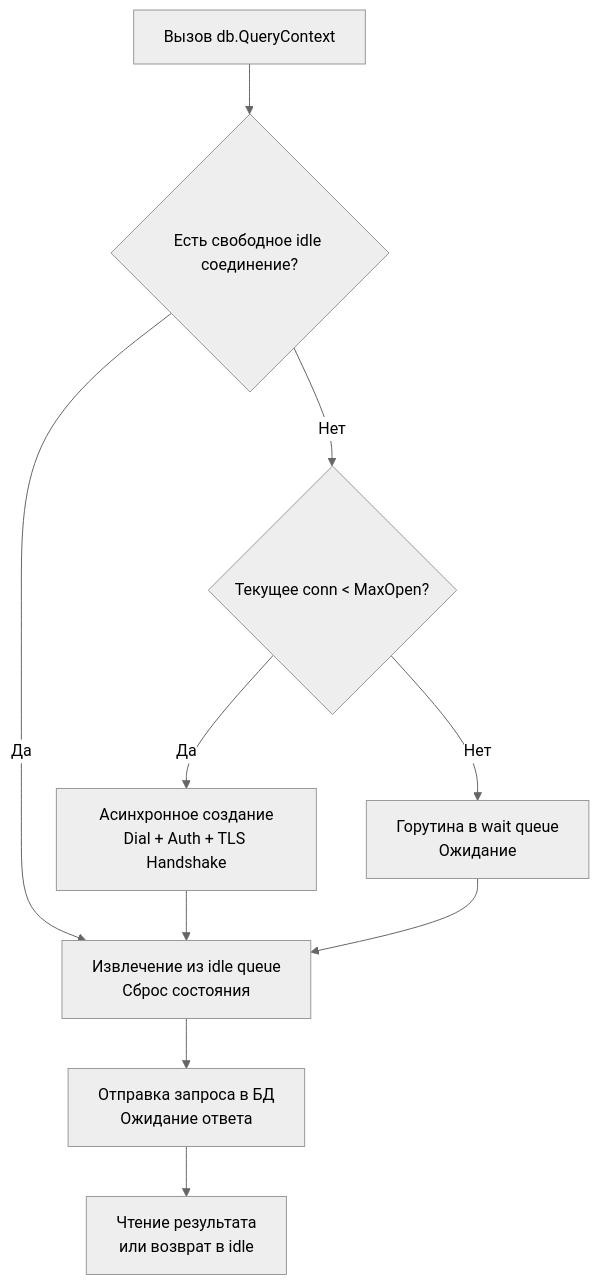
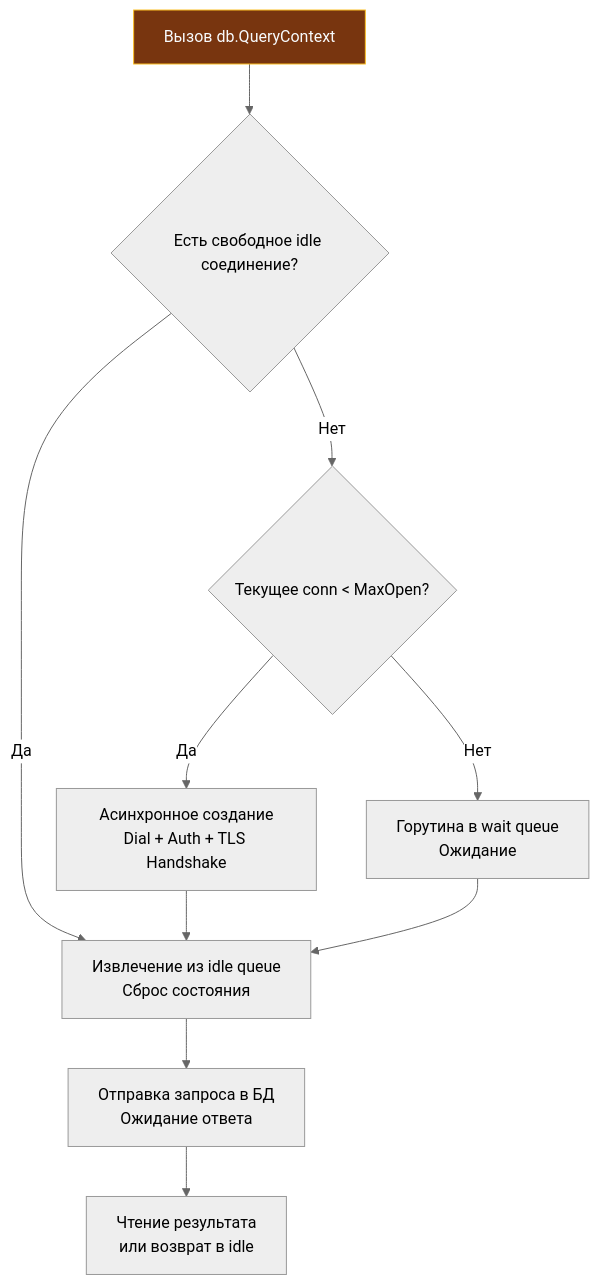
Before and after one commit to UnrealTemplier/go-textbook: the diagram in sources/6. Стандартная библиотека Go/39. database_sql. Универсальный интерфейс к SQL-базам.md, drawn with Mermaid (neutral theme). The commit also changed 1666 other files, not shown here.

First line of the commit message:
feat(mermaid): add semantic color classDef to 1369 colorless flowchart/graph diagrams

````diff
--- a/sources/6. Стандартная библиотека Go/39. database_sql. Универсальный интерфейс к SQL-базам.md
+++ b/sources/6. Стандартная библиотека Go/39. database_sql. Универсальный интерфейс к SQL-базам.md
@@ -25,12 +25,22 @@
 ```mermaid
 flowchart TD
-    A["Вызов db.QueryContext"] --> B{"Есть свободное idle соединение?"}
+    classDef process  fill:#1e293b,stroke:#38bdf8,stroke-width:1px,color:#f8fafc
+    classDef success  fill:#064e3b,stroke:#34d399,stroke-width:1px,color:#f8fafc
+    classDef error    fill:#7f1d1d,stroke:#f87171,stroke-width:1px,color:#f8fafc
+    classDef warning  fill:#78350f,stroke:#fbbf24,stroke-width:1px,color:#f8fafc
+    classDef entry    fill:#1e3a5f,stroke:#38bdf8,stroke-width:2px,color:#f8fafc
+    classDef aux      fill:#334155,stroke:#64748b,stroke-width:1px,color:#f8fafc
+    classDef system   fill:#312e81,stroke:#a78bfa,stroke-width:1px,color:#f8fafc
+    classDef data     fill:#132d29,stroke:#2dd4bf,stroke-width:1px,color:#f8fafc
+    classDef network  fill:#881337,stroke:#fb7185,stroke-width:1px,color:#f8fafc
+    classDef accent   fill:#1e1b4b,stroke:#818cf8,stroke-width:1px,color:#f8fafc
+    A["Вызов db.QueryContext"]:::warning --> B{"Есть свободное idle соединение?"}
     B -->|Да| C["Извлечение из idle queue<br>Сброс состояния"]
     B -->|Нет| D{"Текущее conn < MaxOpen?"}
     D -->|Да| E["Асинхронное создание<br>Dial + Auth + TLS Handshake"]
     D -->|Нет| F["Горутина в wait queue<br>Ожидание"]
     E --> C
     F --> C
     C --> G["Отправка запроса в БД<br>Ожидание ответа"]
     G --> H["Чтение результата<br>или возврат в idle"]
 ```
````
